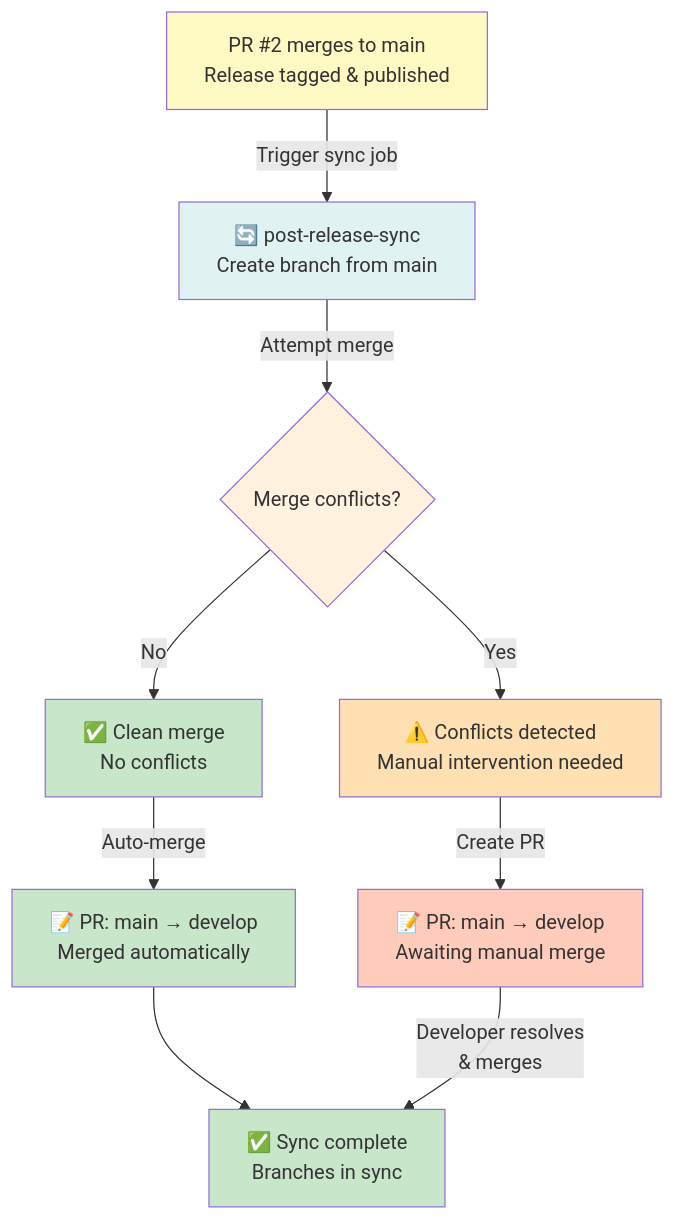
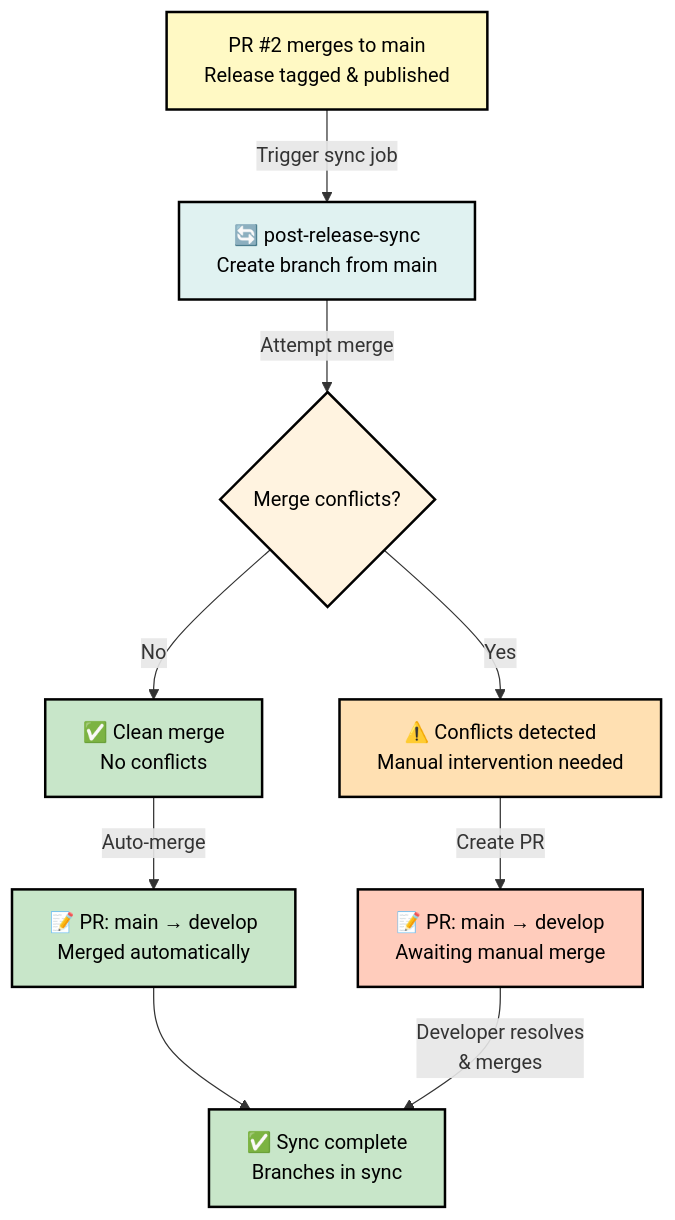
Before and after one commit to lightspeedwp/.github: the third of 4 diagrams in docs/RELEASE_PROCESS.md, drawn with Mermaid. The commit also changed other lines of this file, not shown here.

Commit message:
fix: Correct WCAG AA color contrast in all Mermaid diagrams

````diff
--- a/docs/RELEASE_PROCESS.md
+++ b/docs/RELEASE_PROCESS.md
@@ -289,22 +289,22 @@
 ```mermaid
 flowchart TD
     accTitle: Post-release sync flow
     accDescr: Automatic merge of main into develop after release, handling conflicts with manual PR if needed
     A["PR #2 merges to main<br/>Release tagged & published"] -->|Trigger sync job| B["🔄 post-release-sync<br/>Create branch from main"]
     B -->|Attempt merge| C{Merge conflicts?}
     C -->|No| D["✅ Clean merge<br/>No conflicts"]
     C -->|Yes| E["⚠️ Conflicts detected<br/>Manual intervention needed"]
     D -->|Auto-merge| F["📝 PR: main → develop<br/>Merged automatically"]
     F --> G["✅ Sync complete<br/>Branches in sync"]
     E -->|Create PR| H["📝 PR: main → develop<br/>Awaiting manual merge"]
     H -->|Developer resolves<br/>& merges| G
     
-    style A fill:#fff9c4
-    style B fill:#e0f2f1
-    style C fill:#fff3e0
-    style D fill:#c8e6c9
-    style E fill:#ffe0b2
-    style F fill:#c8e6c9
-    style G fill:#c8e6c9
-    style H fill:#ffccbc
+    style A fill:#fff9c4,color:#000,stroke:#000,stroke-width:2px
+    style B fill:#e0f2f1,color:#000,stroke:#000,stroke-width:2px
+    style C fill:#fff3e0,color:#000,stroke:#000,stroke-width:2px
+    style D fill:#c8e6c9,color:#000,stroke:#000,stroke-width:2px
+    style E fill:#ffe0b2,color:#000,stroke:#000,stroke-width:2px
+    style F fill:#c8e6c9,color:#000,stroke:#000,stroke-width:2px
+    style G fill:#c8e6c9,color:#000,stroke:#000,stroke-width:2px
+    style H fill:#ffccbc,color:#000,stroke:#000,stroke-width:2px
 ```
````
